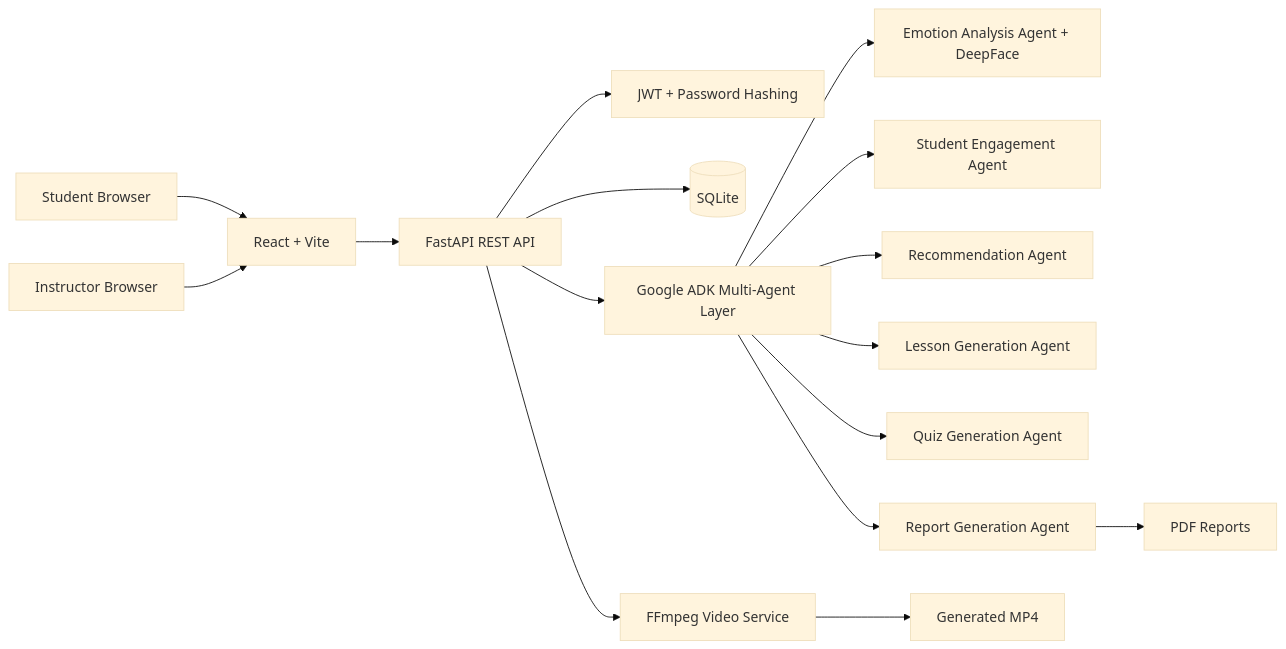
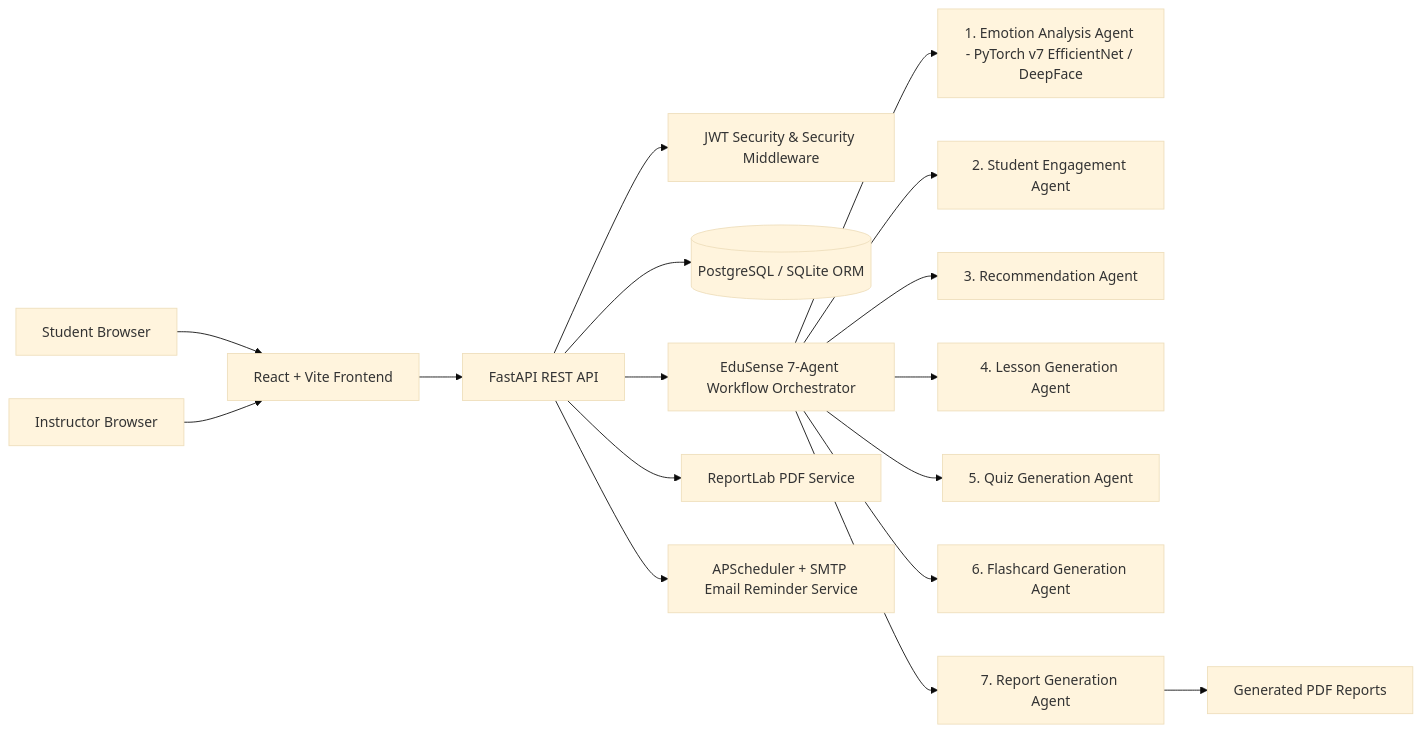
Before and after one commit to adel-noufal/Edusense: the first of 3 diagrams in docs/ARCHITECTURE.md, drawn with Mermaid (base theme). The commit also changed other lines of this file and 1 other file, not shown here.

Commit message:
Docs: Update system workflow architecture for instructors and students

````diff
--- a/docs/ARCHITECTURE.md
+++ b/docs/ARCHITECTURE.md
@@ -3,18 +3,19 @@
 ```mermaid
 flowchart LR
-  Student[Student Browser] --> Frontend[React + Vite]
+  Student[Student Browser] --> Frontend[React + Vite Frontend]
   Instructor[Instructor Browser] --> Frontend
   Frontend --> API[FastAPI REST API]
-  API --> Auth[JWT + Password Hashing]
-  API --> DB[(SQLite)]
-  API --> Agents[Google ADK Multi-Agent Layer]
-  Agents --> Emotion[Emotion Analysis Agent + DeepFace]
-  Agents --> Engagement[Student Engagement Agent]
-  Agents --> Recs[Recommendation Agent]
-  Agents --> Lesson[Lesson Generation Agent]
-  Agents --> Quiz[Quiz Generation Agent]
-  Agents --> Report[Report Generation Agent]
-  API --> Video[FFmpeg Video Service]
-  Report --> PDF[PDF Reports]
-  Video --> MP4[Generated MP4]
+  API --> Auth[JWT Security & Security Middleware]
+  API --> DB[(PostgreSQL / SQLite ORM)]
+  API --> Agents[EduSense 7-Agent Workflow Orchestrator]
+  Agents --> Emotion[1. Emotion Analysis Agent - PyTorch v7 EfficientNet / DeepFace]
+  Agents --> Engagement[2. Student Engagement Agent]
+  Agents --> Recs[3. Recommendation Agent]
+  Agents --> Lesson[4. Lesson Generation Agent]
+  Agents --> Quiz[5. Quiz Generation Agent]
+  Agents --> Flashcard[6. Flashcard Generation Agent]
+  Agents --> Report[7. Report Generation Agent]
+  API --> Export[ReportLab PDF Service]
+  API --> Email[APScheduler + SMTP Email Reminder Service]
+  Report --> PDF[Generated PDF Reports]
 ```
````
